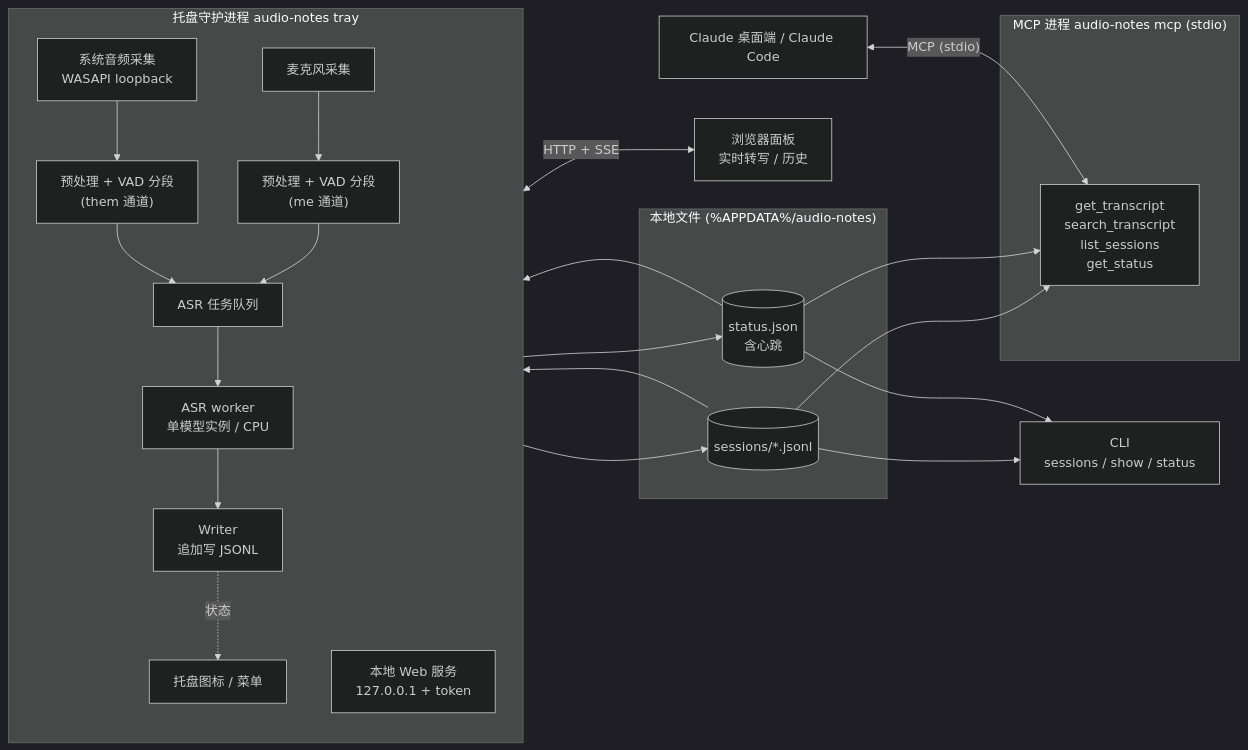
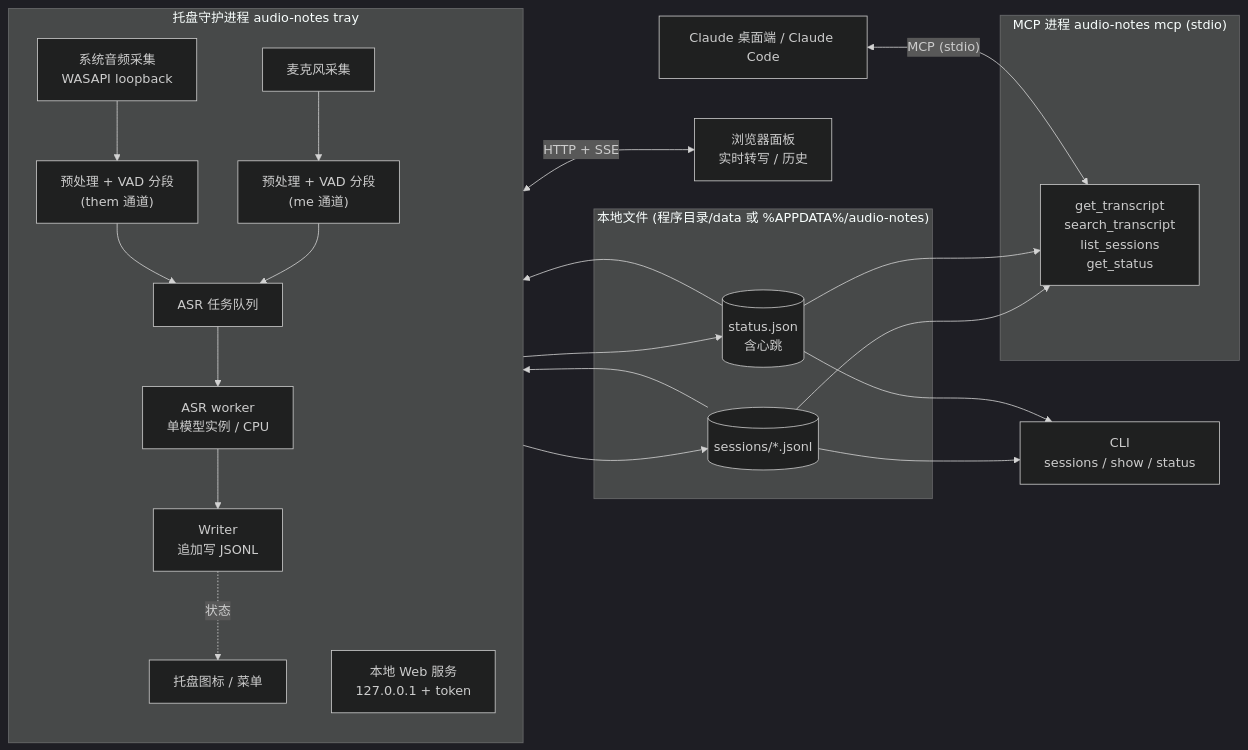
Before and after one commit to zohoMatt/audio-notes: the first of 5 diagrams in ARCHITECTURE.md, drawn with Mermaid (dark theme). The commit also changed other lines of this file and 5 other files, not shown here.

````diff
--- a/ARCHITECTURE.md
+++ b/ARCHITECTURE.md
@@ -9,44 +9,44 @@
 ```mermaid
 flowchart LR
     subgraph D["托盘守护进程 audio-notes tray"]
         direction TB
         LB["系统音频采集<br/>WASAPI loopback"]
         MIC["麦克风采集"]
         PL["预处理 + VAD 分段<br/>(me 通道)"]
         PT["预处理 + VAD 分段<br/>(them 通道)"]
         Q["ASR 任务队列"]
         ASR["ASR worker<br/>单模型实例 / CPU"]
         W["Writer<br/>追加写 JSONL"]
         TRAY["托盘图标 / 菜单"]
         WEB["本地 Web 服务<br/>127.0.0.1 + token"]
 
         LB --> PT --> Q
         MIC --> PL --> Q
         Q --> ASR --> W
         W -. 状态 .-> TRAY
     end
 
-    subgraph F["本地文件 (%APPDATA%/audio-notes)"]
+    subgraph F["本地文件 (程序目录/data 或 %APPDATA%/audio-notes)"]
         J[("sessions/*.jsonl")]
         S[("status.json<br/>含心跳")]
     end
 
     subgraph M["MCP 进程 audio-notes mcp (stdio)"]
         T["get_transcript<br/>search_transcript<br/>list_sessions<br/>get_status"]
     end
 
     CLI["CLI<br/>sessions / show / status"]
     BR["浏览器面板<br/>实时转写 / 历史"]
     C["Claude 桌面端 / Claude Code"]
 
     W --> J
     W --> S
     J --> T
     S --> T
     J --> CLI
     S --> CLI
     J --> WEB
     S --> WEB
     WEB <-- "HTTP + SSE" --> BR
     C <-- "MCP (stdio)" --> T
 ```
````
